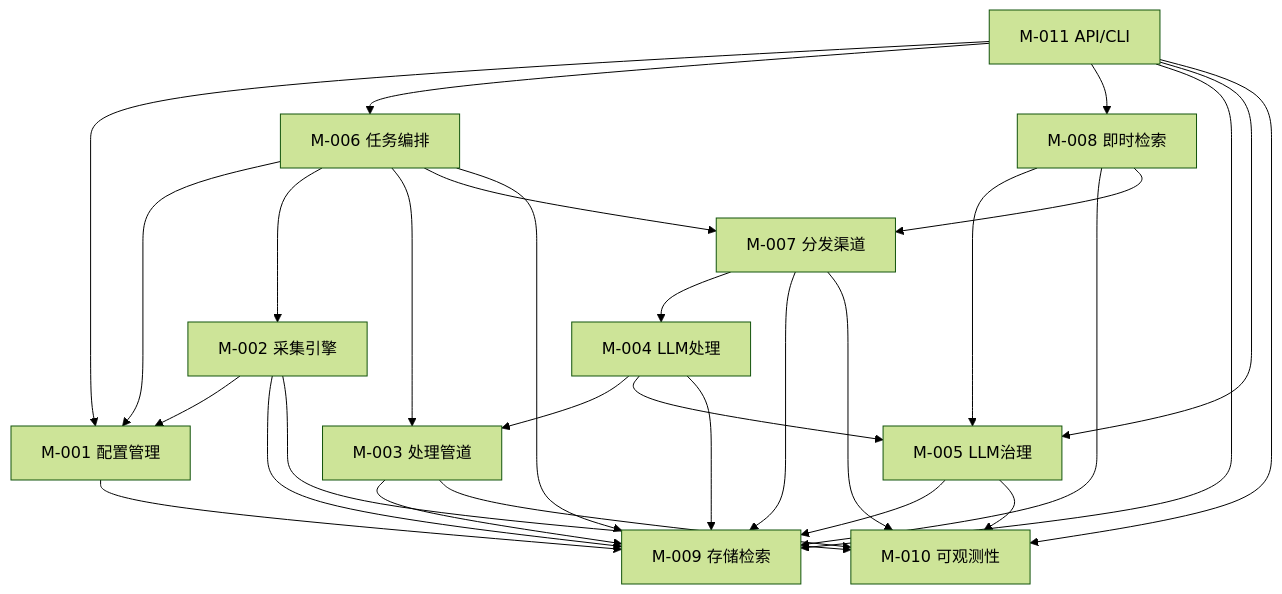
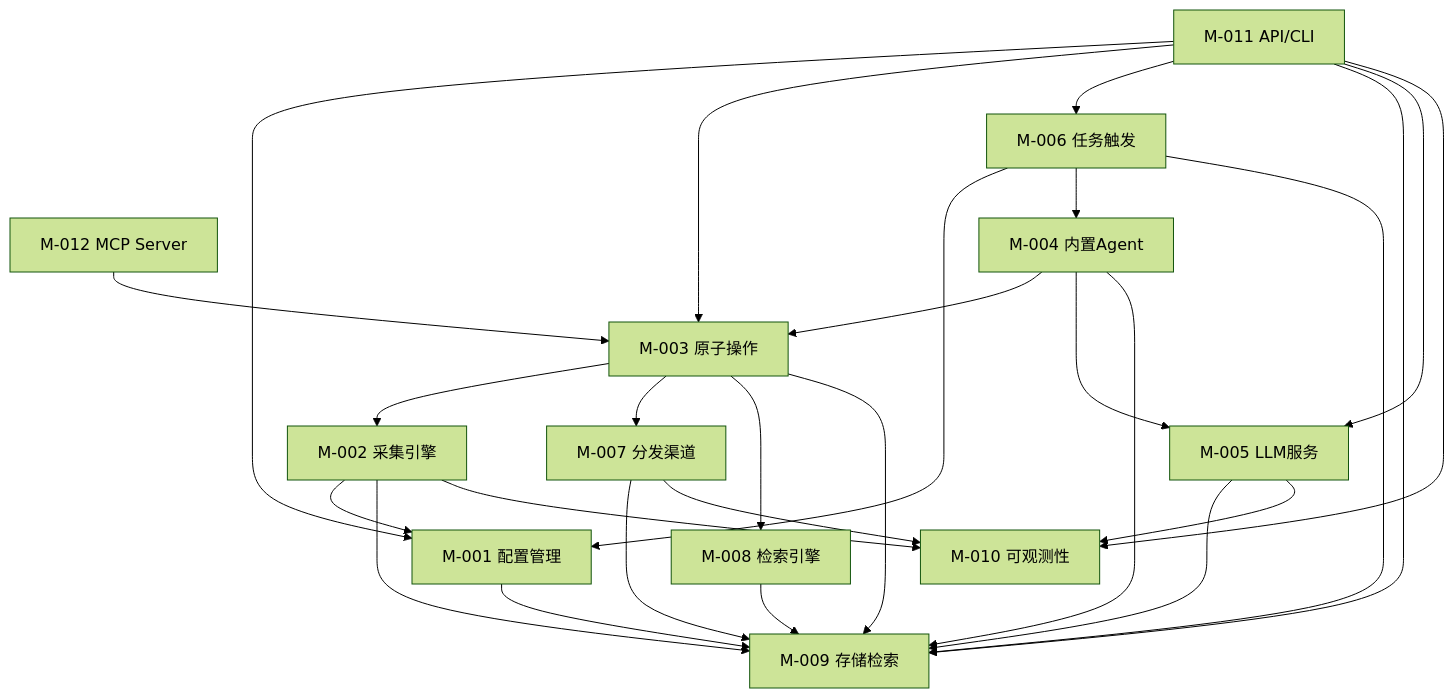
One commit to lync-cyber/intelli-source changed the diagram in docs/arch/arch-intellisource-v1-modules.md. Above: the diagram before and after it, drawn with Mermaid (forest theme). The commit also changed other lines of this file and 11 other files, not shown here.

First line of the commit message:
refactor: restructure architecture - LLM as top-level agent orchestrator

````diff
--- a/docs/arch/arch-intellisource-v1-modules.md
+++ b/docs/arch/arch-intellisource-v1-modules.md
@@ -167,39 +196,38 @@
 ```mermaid
 graph TD
     M011[M-011 API/CLI] --> M001[M-001 配置管理]
-    M011 --> M006[M-006 任务编排]
-    M011 --> M008[M-008 即时检索]
+    M011 --> M003[M-003 原子操作]
+    M011 --> M006[M-006 任务触发]
     M011 --> M009[M-009 存储检索]
-    M011 --> M005[M-005 LLM治理]
+    M011 --> M005[M-005 LLM服务]
     M011 --> M010[M-010 可观测性]
 
+    M012[M-012 MCP Server] --> M003
+
+    M004[M-004 内置Agent] --> M003
+    M004 --> M005
+    M004 --> M009
+
+    M003 --> M002[M-002 采集引擎]
+    M003 --> M007[M-007 分发渠道]
+    M003 --> M008[M-008 检索引擎]
+    M003 --> M009
+
     M006 --> M001
-    M006 --> M002[M-002 采集引擎]
-    M006 --> M003[M-003 处理管道]
-    M006 --> M007[M-007 分发渠道]
+    M006 --> M004
     M006 --> M009
 
     M002 --> M001
     M002 --> M009
     M002 --> M010
 
-    M003 --> M009
-    M003 --> M010
-
-    M004[M-004 LLM处理] --> M003
-    M004 --> M005
-    M004 --> M009
-
     M005 --> M009
     M005 --> M010
 
-    M007 --> M004
     M007 --> M009
     M007 --> M010
 
-    M008 --> M005
     M008 --> M009
-    M008 --> M007
 
     M001 --> M009
 ```
````
